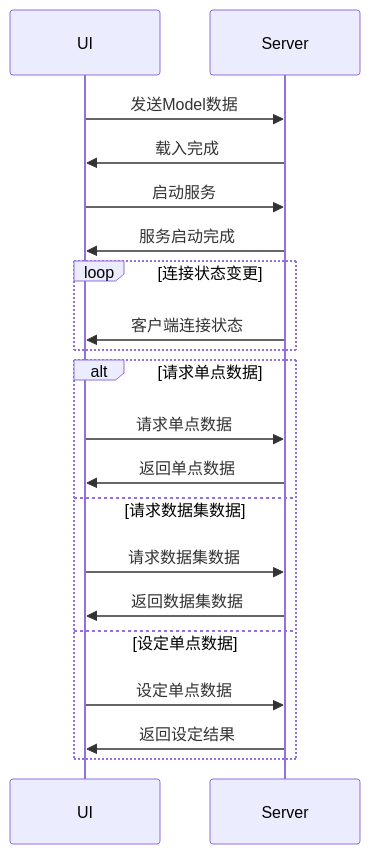
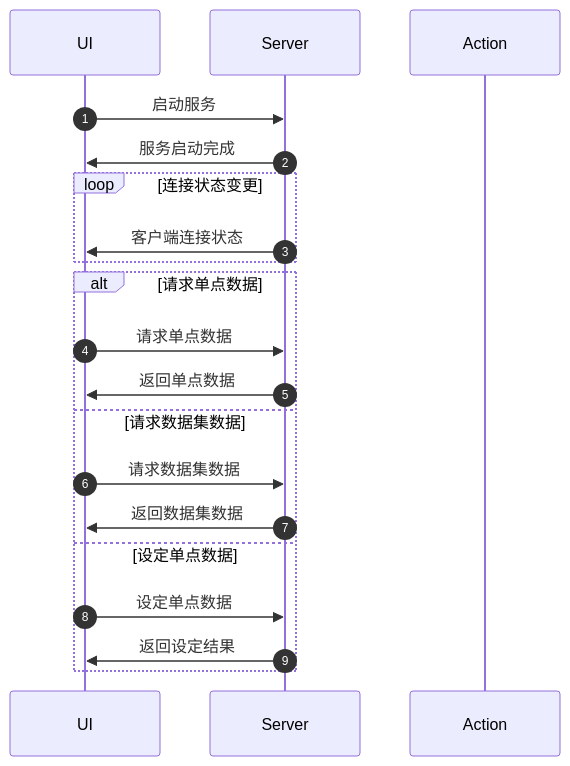
One commit to Tachiguishi/iec61850_simulator changed the second of 3 diagrams in doc/workflow.md. Above: the diagram before and after it, drawn with Mermaid. The commit also changed other lines of this file and 7 other files, not shown here.

````diff
--- a/doc/workflow.md
+++ b/doc/workflow.md
@@ -6,22 +41,22 @@
 ```mermaid
 sequenceDiagram;
+    autonumber
     participant UI
     participant Server
-    UI->>Server: 发送Model数据
-    Server->>UI: 载入完成
+    participant Action
     UI->>Server: 启动服务
     Server->>UI: 服务启动完成
     loop 连接状态变更
         Server->>UI: 客户端连接状态
     end
     alt 请求单点数据
         UI->>Server: 请求单点数据
         Server->>UI: 返回单点数据
     else 请求数据集数据
         UI->>Server: 请求数据集数据
         Server->>UI: 返回数据集数据
     else 设定单点数据
         UI->>Server: 设定单点数据
         Server->>UI: 返回设定结果
     end
 ```
````
